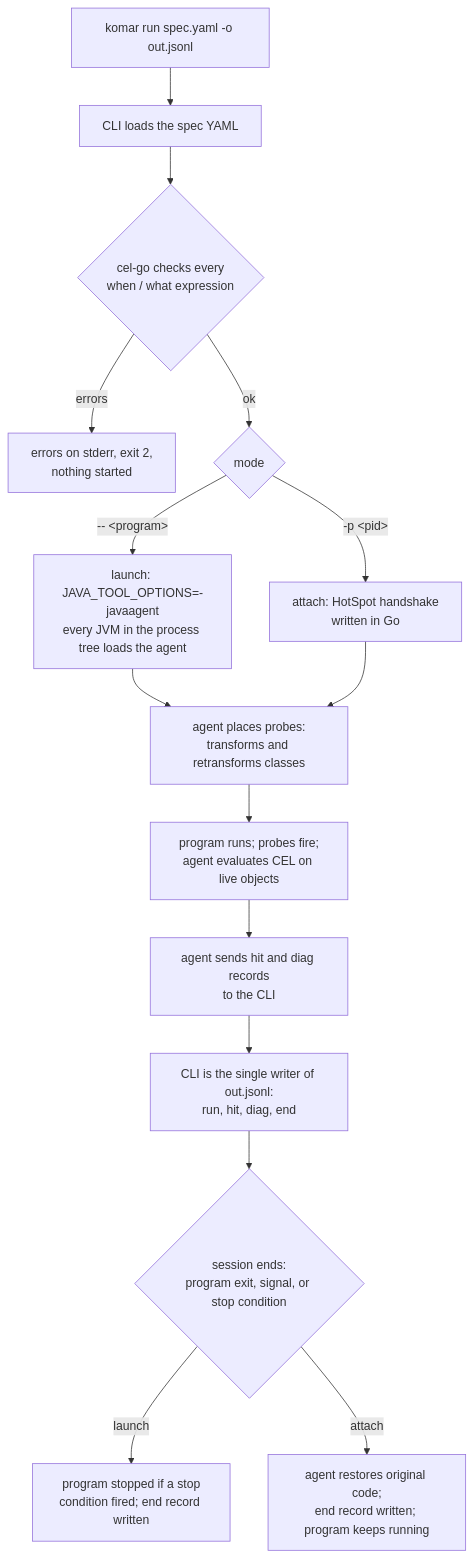
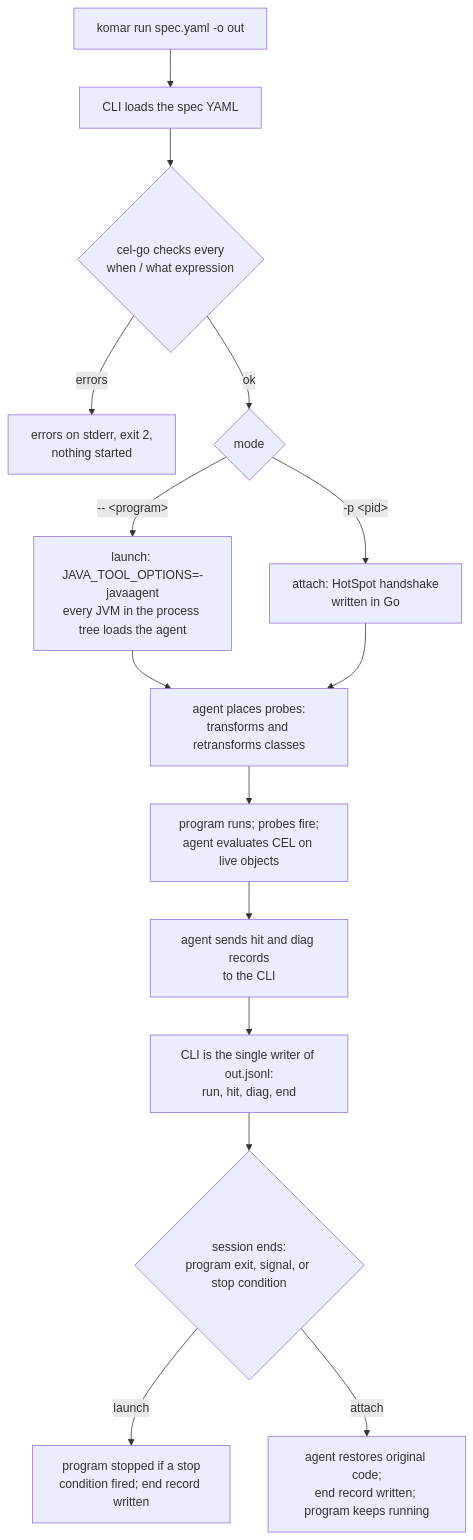
Before and after one commit to komartool/komar: the first of 2 diagrams in docs/design/README.md, drawn with Mermaid. The commit also changed other lines of this file and 52 other files, not shown here.

Commit message:
CLI: -o names the output, -f picks jsonl and view (both by default); the view is written as .view; docs updated

````diff
--- a/docs/design/README.md
+++ b/docs/design/README.md
@@ -27,17 +27,17 @@
 ```mermaid
 flowchart TD
-    A[komar run spec.yaml -o out.jsonl] --> B[CLI loads the spec YAML]
+    A[komar run spec.yaml -o out] --> B[CLI loads the spec YAML]
     B --> C{cel-go checks every<br/>when / what expression}
     C -- errors --> X[errors on stderr, exit 2,<br/>nothing started]
     C -- ok --> D{mode}
     D -- "-- &lt;program&gt;" --> E[launch: JAVA_TOOL_OPTIONS=-javaagent<br/>every JVM in the process tree loads the agent]
     D -- "-p &lt;pid&gt;" --> F[attach: HotSpot handshake<br/>written in Go]
     E --> G[agent places probes:<br/>transforms and retransforms classes]
     F --> G
     G --> H[program runs; probes fire;<br/>agent evaluates CEL on live objects]
     H --> I[agent sends hit and diag records<br/>to the CLI]
     I --> J[CLI is the single writer of out.jsonl:<br/>run, hit, diag, end]
     J --> K{session ends:<br/>program exit, signal, or stop condition}
     K -- launch --> L[program stopped if a stop<br/>condition fired; end record written]
     K -- attach --> M[agent restores original code;<br/>end record written; program keeps running]
 ```
````
